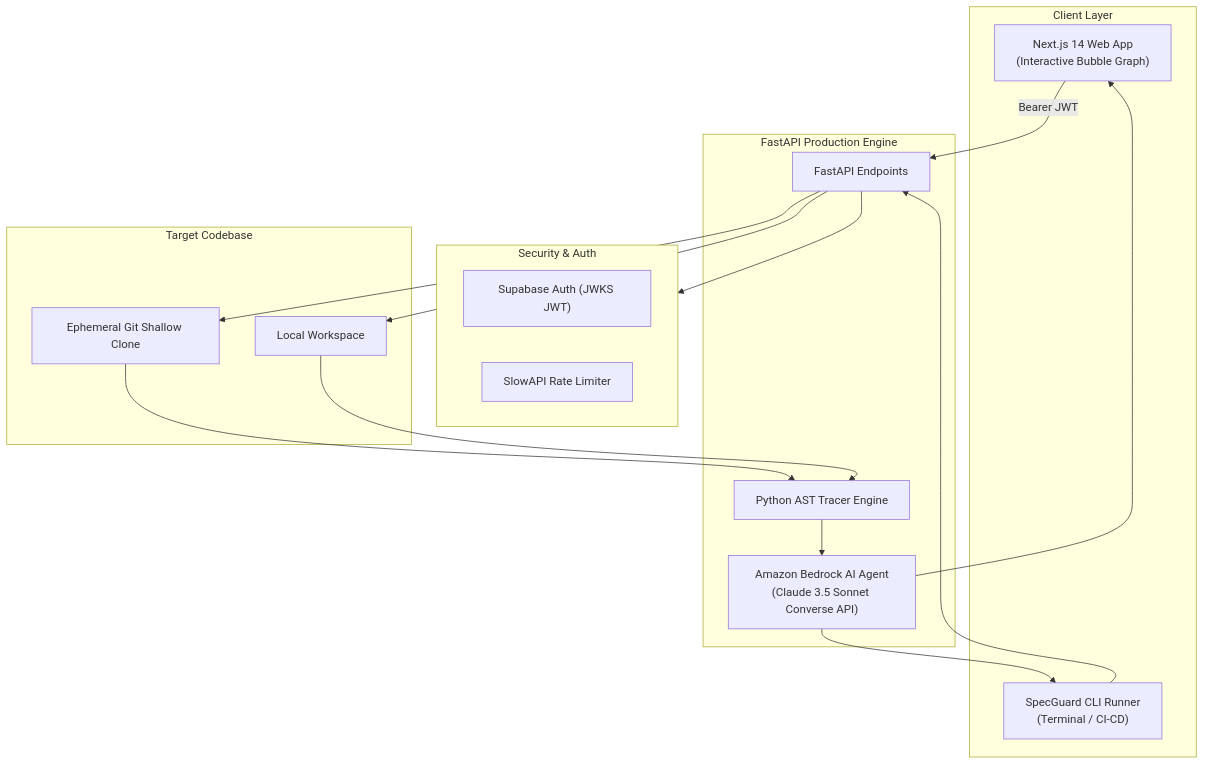
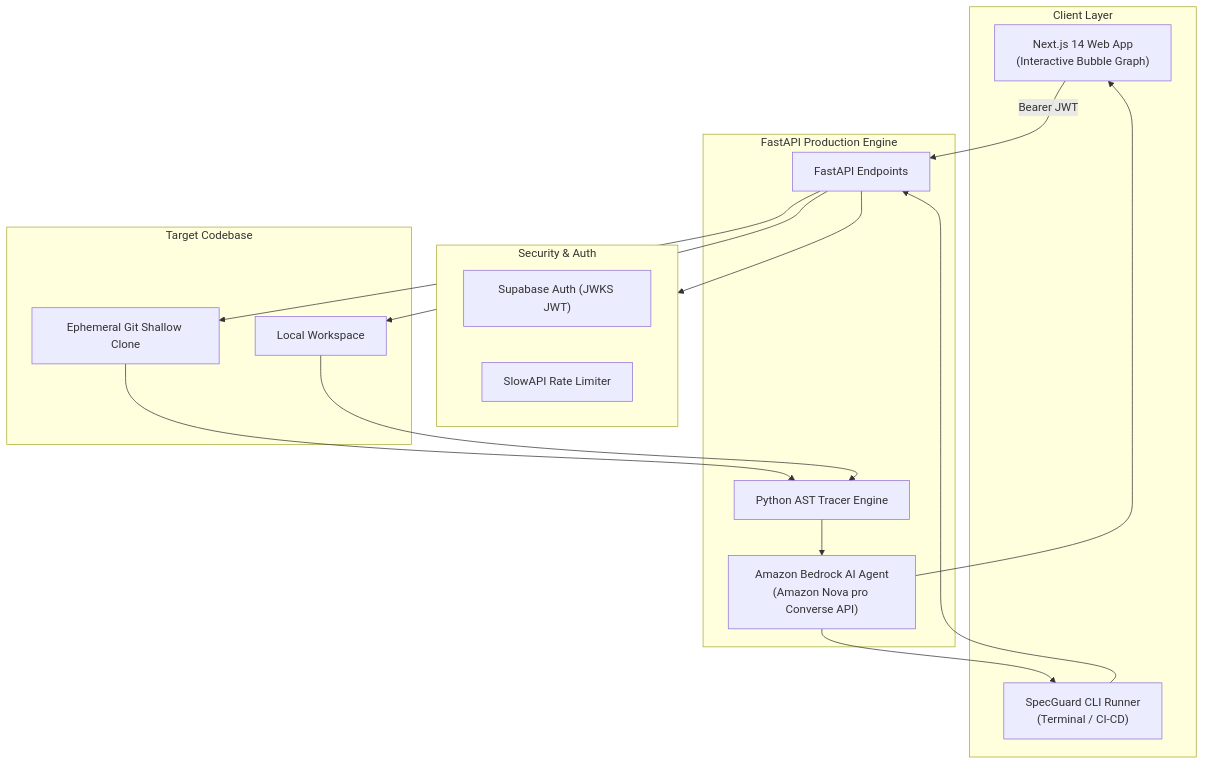
One commit to Red-1610/Specguard changed the diagram in README.md. Above: the diagram before and after it, drawn with Mermaid.

````diff
--- a/README.md
+++ b/README.md
@@ -42,34 +42,34 @@
 ```mermaid
 flowchart TD
     subgraph Client ["Client Layer"]
         Browser["Next.js 14 Web App<br/>(Interactive Bubble Graph)"]
         CLI["SpecGuard CLI Runner<br/>(Terminal / CI-CD)"]
     end
 
     subgraph Security ["Security & Auth"]
         Supabase["Supabase Auth (JWKS JWT)"]
         SlowAPI["SlowAPI Rate Limiter"]
     end
 
     subgraph Backend ["FastAPI Production Engine"]
         API["FastAPI Endpoints"]
         Tracer["Python AST Tracer Engine"]
-        BedrockAgent["Amazon Bedrock AI Agent<br/>(Claude 3.5 Sonnet Converse API)"]
+        BedrockAgent["Amazon Bedrock AI Agent<br/>(Amazon Nova pro Converse API)"]
     end
 
     subgraph Target ["Target Codebase"]
         Git["Ephemeral Git Shallow Clone"]
         Local["Local Workspace"]
     end
 
     Browser -->|Bearer JWT| API
     CLI --> API
     API --> Security
     API --> Git
     API --> Local
     Git --> Tracer
     Local --> Tracer
     Tracer --> BedrockAgent
     BedrockAgent --> Browser
     BedrockAgent --> CLI
 ```
````
